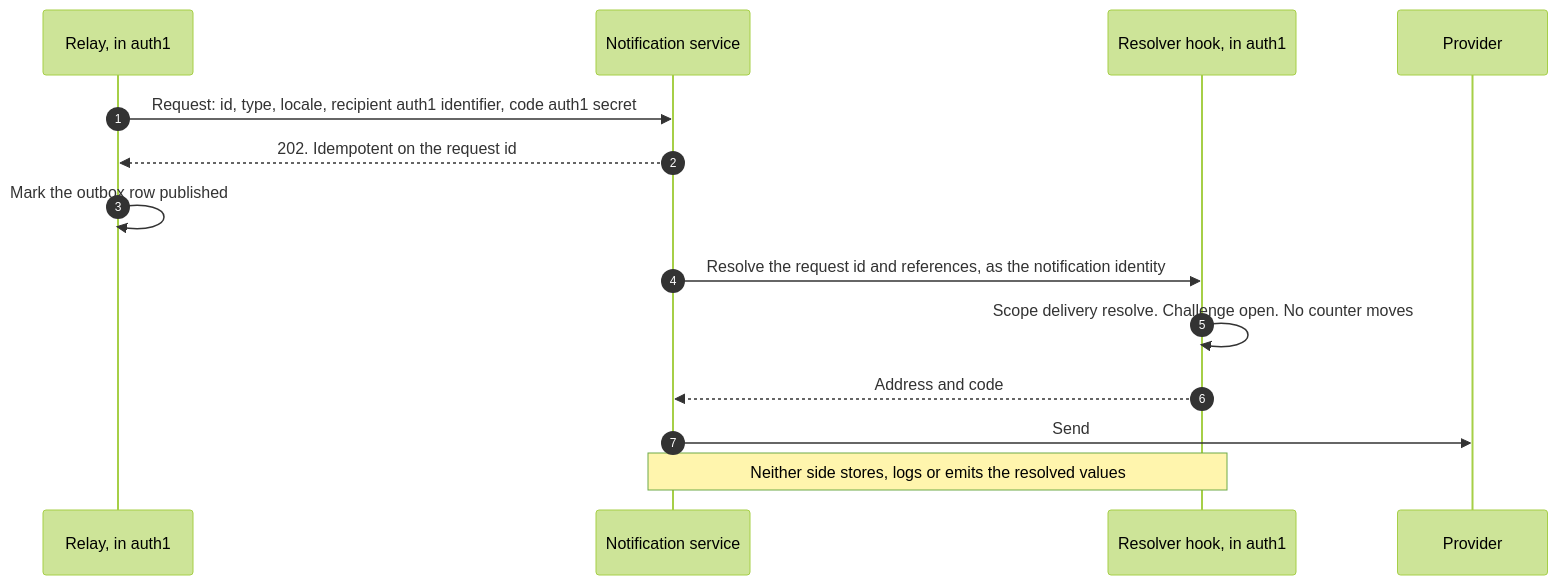
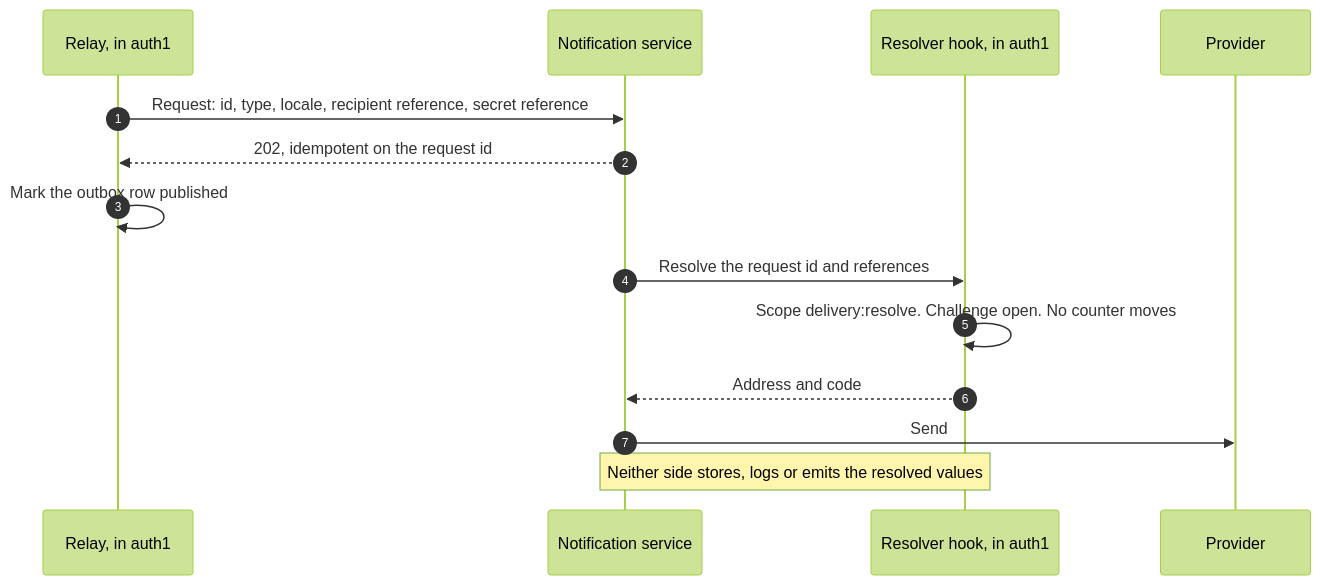
The eighth of 8 diagrams in docs/design.md (arafat-hasan/auth1), drawn with Mermaid (forest theme) before and after one commit. The commit also changed other lines of this file and 14 other files, not shown here.

````diff
--- a/docs/design.md
+++ b/docs/design.md
@@ -874,16 +956,16 @@
 ```mermaid
 sequenceDiagram
   autonumber
   participant R as Relay, in auth1
   participant N as Notification service
   participant H as Resolver hook, in auth1
   participant P as Provider
-  R->>N: Request: id, type, locale, recipient auth1 identifier, code auth1 secret
-  N-->>R: 202. Idempotent on the request id
+  R->>N: Request: id, type, locale, recipient reference, secret reference
+  N-->>R: 202, idempotent on the request id
   R->>R: Mark the outbox row published
-  N->>H: Resolve the request id and references, as the notification identity
-  H->>H: Scope delivery resolve. Challenge open. No counter moves
+  N->>H: Resolve the request id and references
+  H->>H: Scope delivery:resolve. Challenge open. No counter moves
   H-->>N: Address and code
   N->>P: Send
   Note over N,H: Neither side stores, logs or emits the resolved values
 ```
````
